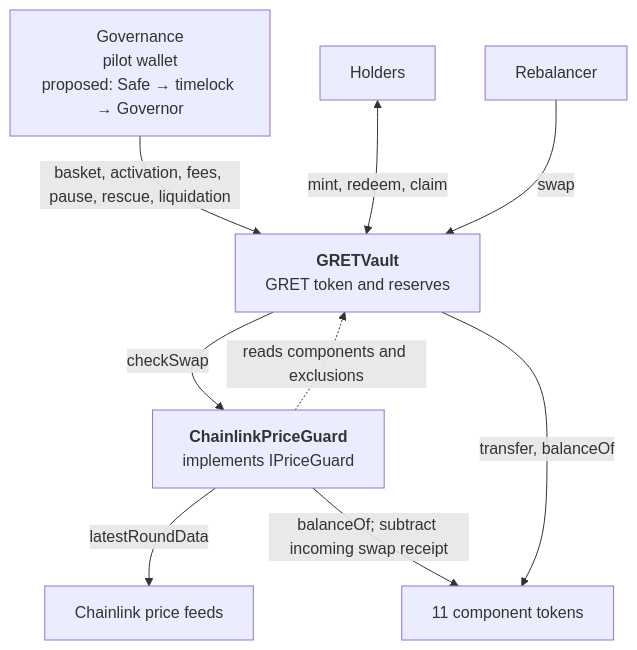
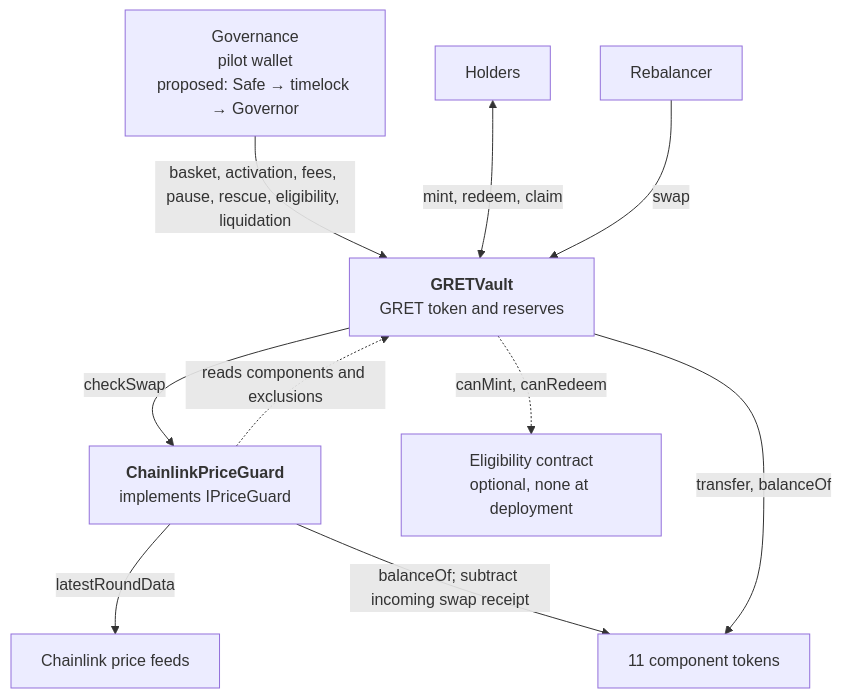
One commit to global-reserve/gret-contracts changed the diagram in README.md. Above: the diagram before and after it, drawn with Mermaid. The commit also changed other lines of this file and 1 other file, not shown here.

First line of the commit message:
Bring the specification and README up to date with the eligibility contract

````diff
--- a/README.md
+++ b/README.md
@@ -40,18 +43,20 @@
 ```mermaid
 flowchart TB
     Gov["Governance<br/>pilot wallet<br/>proposed: Safe → timelock → Governor"]
     Holders["Holders"]
     Vault["<b>GRETVault</b><br/>GRET token and reserves"]
     Rebalancer["Rebalancer"]
     Guard["<b>ChainlinkPriceGuard</b><br/>implements IPriceGuard"]
     Feeds["Chainlink price feeds"]
     Tokens["11 component tokens"]
-    Gov -->|"basket, activation, fees, pause, rescue, liquidation"| Vault
+    Eligibility["Eligibility contract<br/>optional, none at deployment"]
+    Gov -->|"basket, activation, fees, pause, rescue, eligibility, liquidation"| Vault
     Holders <-->|"mint, redeem, claim"| Vault
     Rebalancer -->|swap| Vault
     Vault -->|checkSwap| Guard
+    Vault -.->|"canMint, canRedeem"| Eligibility
     Guard -->|latestRoundData| Feeds
     Guard -.->|"reads components and exclusions"| Vault
     Guard -->|"balanceOf; subtract incoming swap receipt"| Tokens
     Vault -->|"transfer, balanceOf"| Tokens
 ```
````
